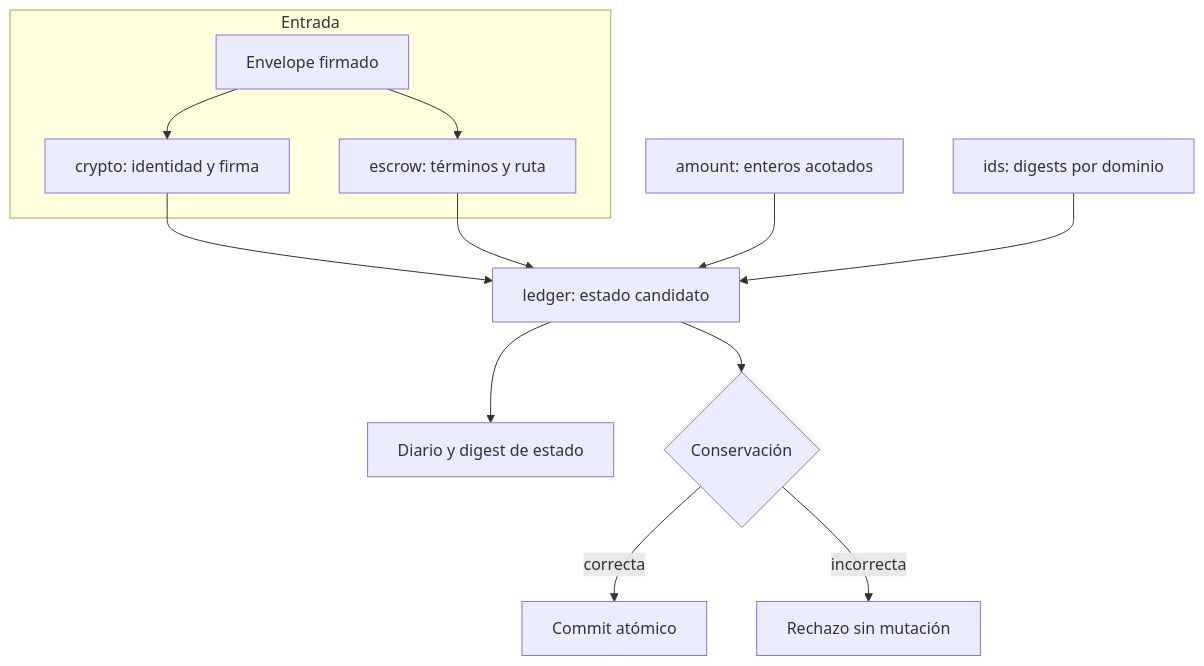
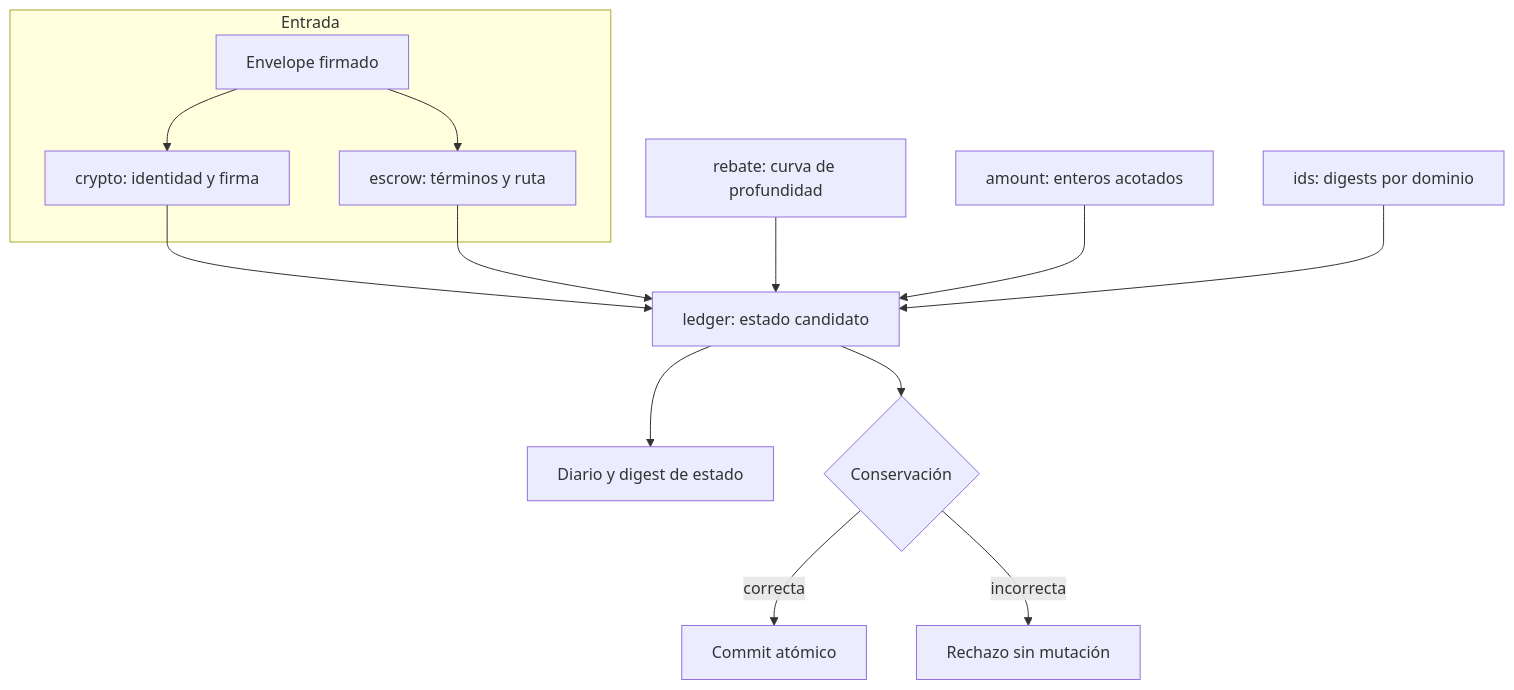
Before and after one commit to SolguardLabs/PrismDTL: the diagram in docs/arquitectura.md, drawn with Mermaid. The commit also changed other lines of this file and 18 other files, not shown here.

````diff
--- a/docs/arquitectura.md
+++ b/docs/arquitectura.md
@@ -9,15 +9,16 @@
 ```mermaid
 flowchart TB
     subgraph Entrada
       S[Envelope firmado] --> C[crypto: identidad y firma]
       S --> E[escrow: términos y ruta]
     end
     C --> L[ledger: estado candidato]
     E --> L
+    B[rebate: curva de profundidad] --> L
     A[amount: enteros acotados] --> L
     I[ids: digests por dominio] --> L
     L --> J[Diario y digest de estado]
     L --> V{Conservación}
     V -->|correcta| P[Commit atómico]
     V -->|incorrecta| R[Rechazo sin mutación]
 ```
````
